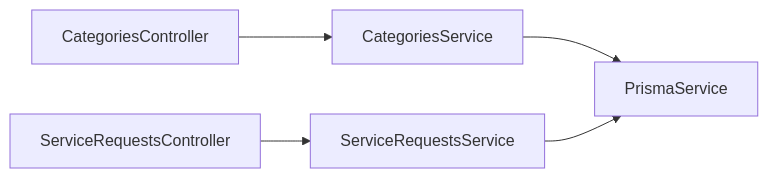
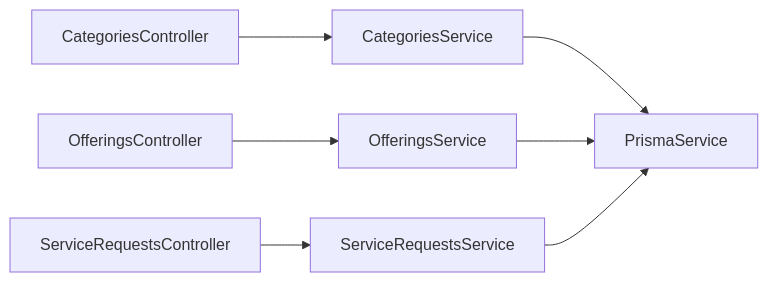
The seventh of 8 diagrams in .qoder/repowiki/en/content/Service Marketplace.md (jairosouza67/99-Pai), drawn with Mermaid before and after one commit. The commit also changed other lines of this file and 17 other files, not shown here.

````diff
--- a/.qoder/repowiki/en/content/Service Marketplace.md
+++ b/.qoder/repowiki/en/content/Service Marketplace.md
@@ -226,7 +284,9 @@
 ```mermaid
 graph LR
 ControllerCat["CategoriesController"] --> ServiceCat["CategoriesService"]
+ControllerOff["OfferingsController"] --> ServiceOff["OfferingsService"]
 ControllerSR["ServiceRequestsController"] --> ServiceSR["ServiceRequestsService"]
 ServiceCat --> Prisma["PrismaService"]
+ServiceOff --> Prisma
 ServiceSR --> Prisma
 ```
````
